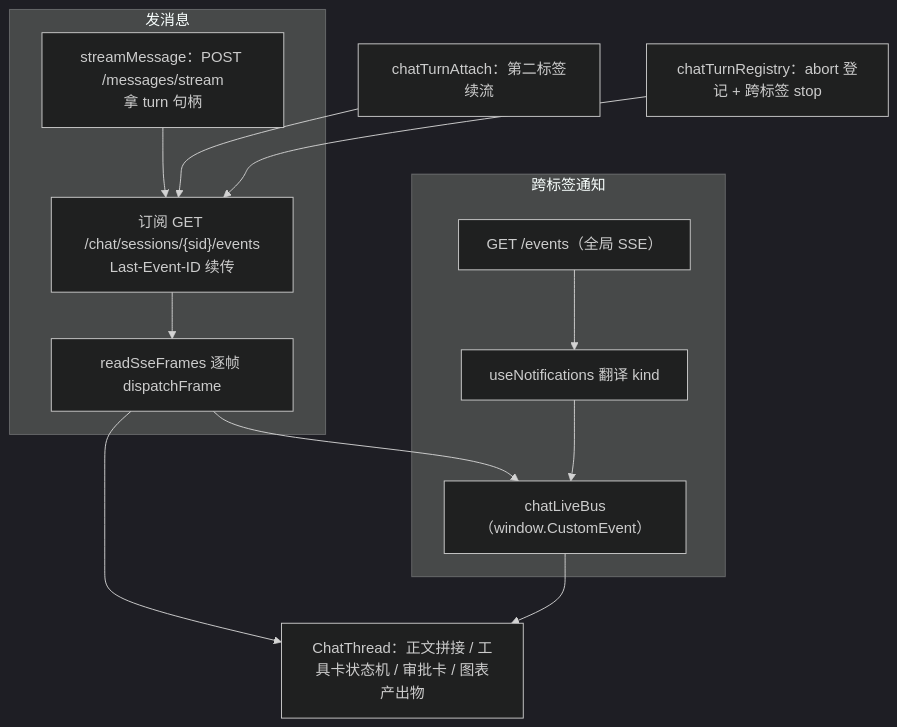
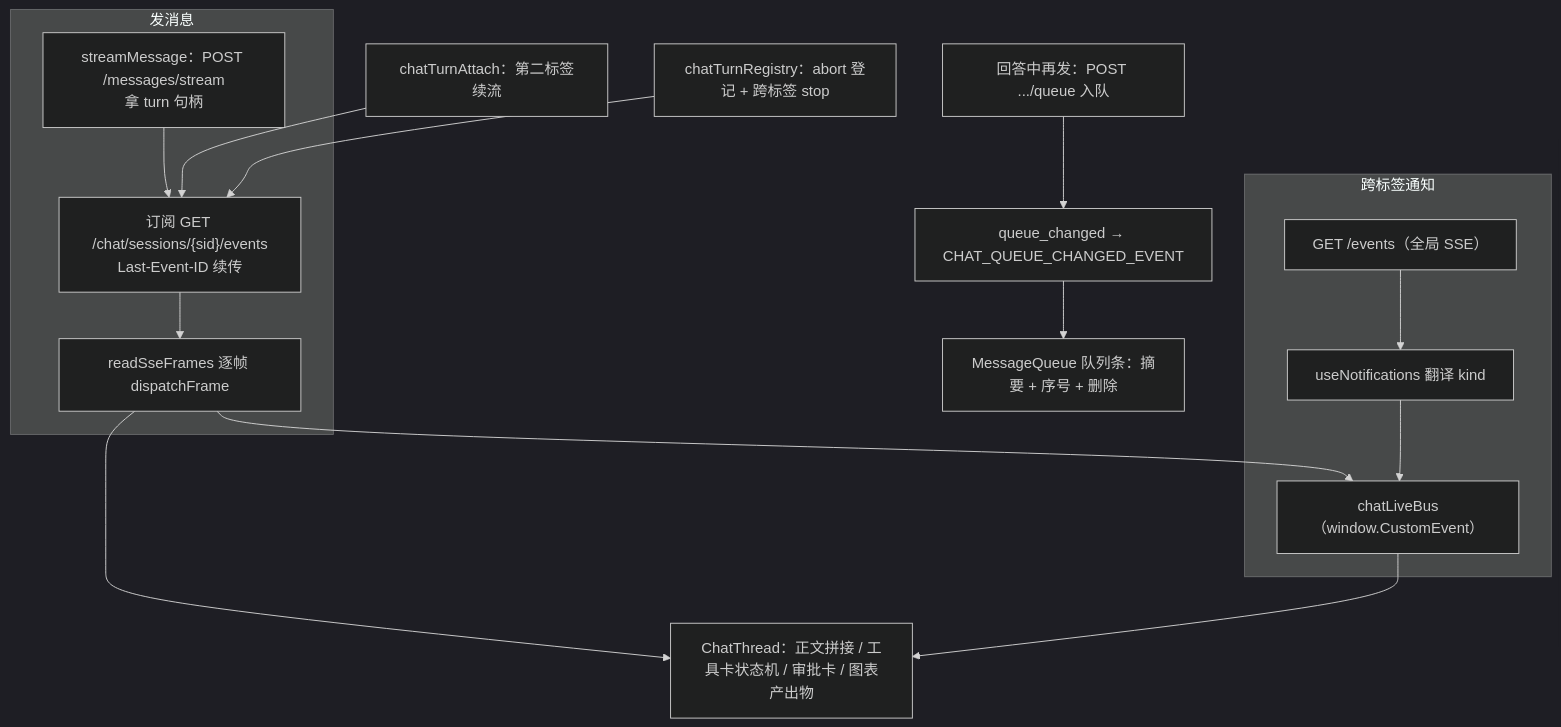
Before and after one commit to isfangmk/crewlab: the second of 2 diagrams in backend/app/knowledge_base/concepts/前端架构.md, drawn with Mermaid (dark theme). The commit also changed other lines of this file and 7 other files, not shown here.

````diff
--- a/backend/app/knowledge_base/concepts/前端架构.md
+++ b/backend/app/knowledge_base/concepts/前端架构.md
@@ -59,16 +59,18 @@
 ```mermaid
 flowchart TD
   subgraph SEND["发消息"]
     A["streamMessage：POST /messages/stream<br/>拿 turn 句柄"] --> B["订阅 GET /chat/sessions/{sid}/events<br/>Last-Event-ID 续传"]
     B --> C["readSseFrames 逐帧 dispatchFrame"]
   end
   C --> D["ChatThread：正文拼接 / 工具卡状态机 / 审批卡 / 图表产出物"]
   C --> E["chatLiveBus（window.CustomEvent）"]
   subgraph NOTIFY["跨标签通知"]
     N["GET /events（全局 SSE）"] --> UN["useNotifications 翻译 kind"]
     UN --> E
   end
   E --> D
   ATTACH["chatTurnAttach：第二标签续流"] --> B
   REG["chatTurnRegistry：abort 登记 + 跨标签 stop"] --> B
+  QUEUE["回答中再发：POST .../queue 入队"] --> QN["queue_changed → CHAT_QUEUE_CHANGED_EVENT"]
+  QN --> MQ["MessageQueue 队列条：摘要 + 序号 + 删除"]
 ```
````
